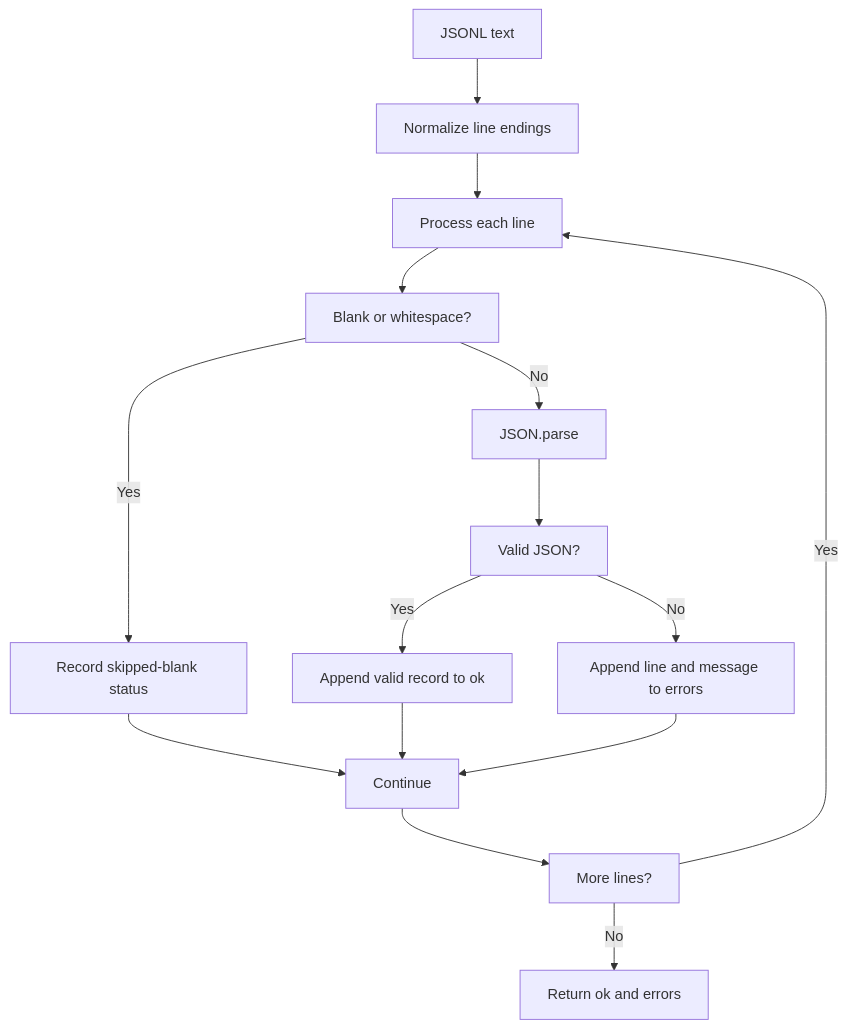
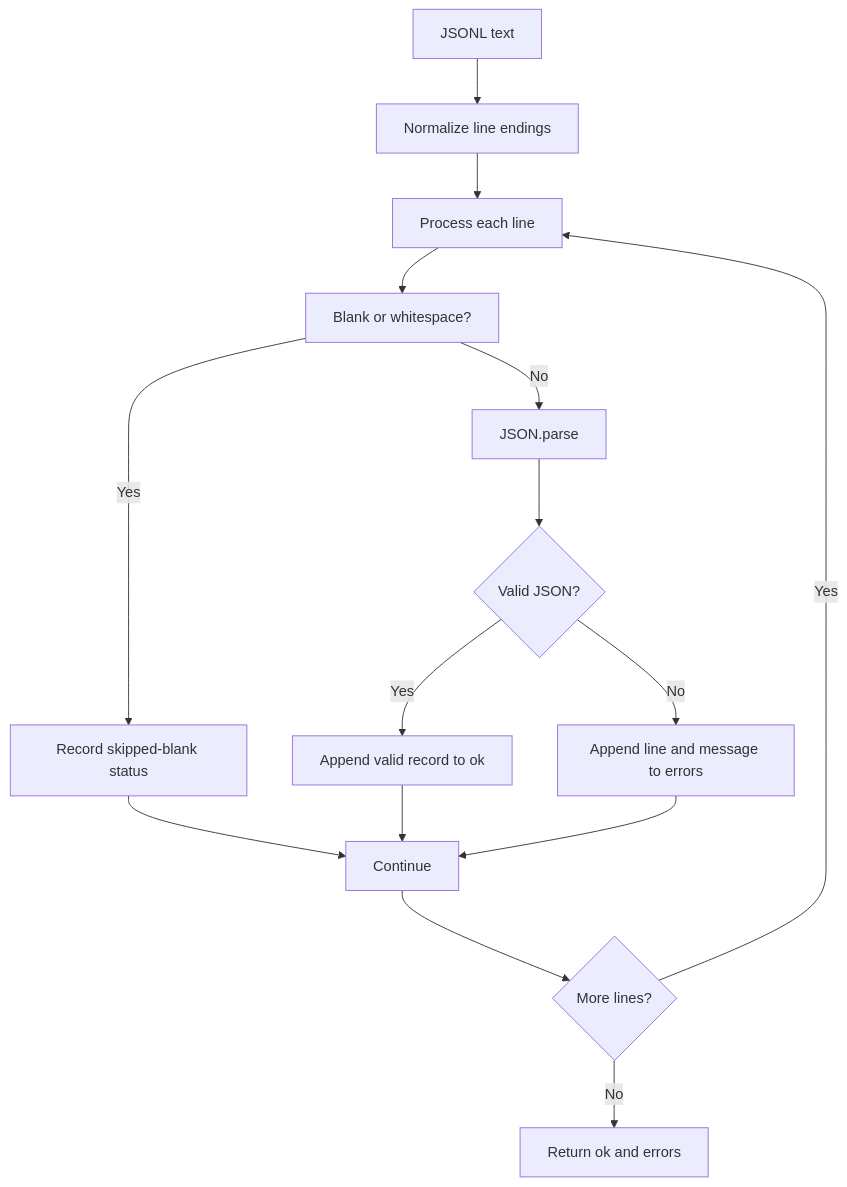
One commit to Jaydeep2009/Entrata-AI-Coding-Challenge changed the third of 3 diagrams in README.md. Above: the diagram before and after it, drawn with Mermaid. The commit also changed other lines of this file, not shown here.

````diff
--- a/README.md
+++ b/README.md
@@ -189,17 +202,17 @@
 ```mermaid
 flowchart TD
     A[JSONL text] --> B[Normalize line endings]
     B --> C[Process each line]
     C --> D[Blank or whitespace?]
     D -- Yes --> E[Record skipped-blank status]
     D -- No --> F[JSON.parse]
-    F --> G[Valid JSON?]
+    F --> G{Valid JSON?}
     G -- Yes --> H[Append valid record to ok]
     G -- No --> I[Append line and message to errors]
     E --> J[Continue]
     H --> J
     I --> J
-    J --> K[More lines?]
+    J --> K{More lines?}
     K -- Yes --> C
     K -- No --> L[Return ok and errors]
 ```
````
